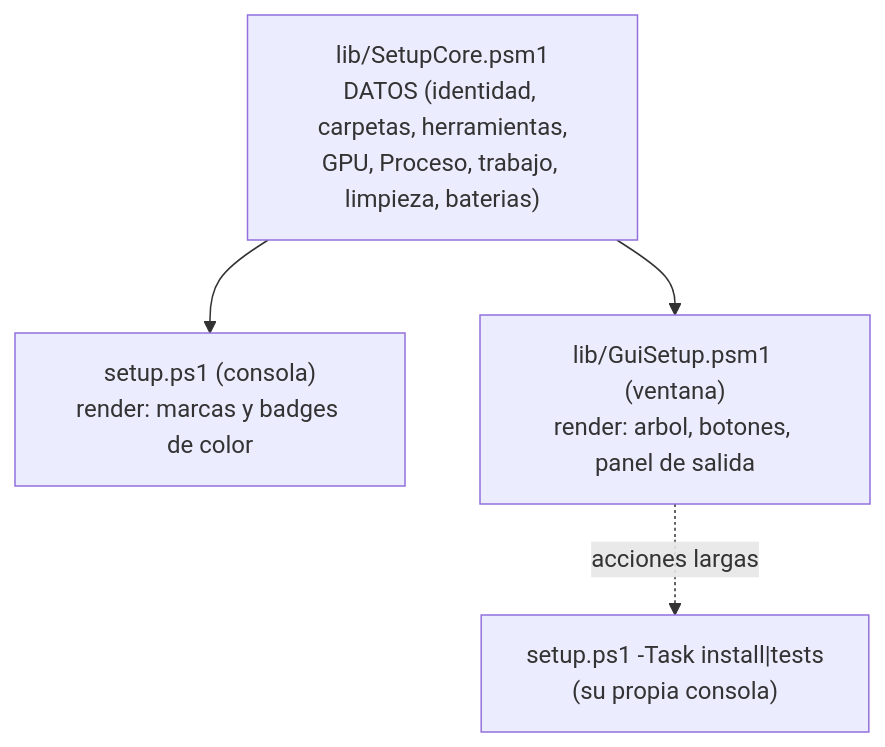
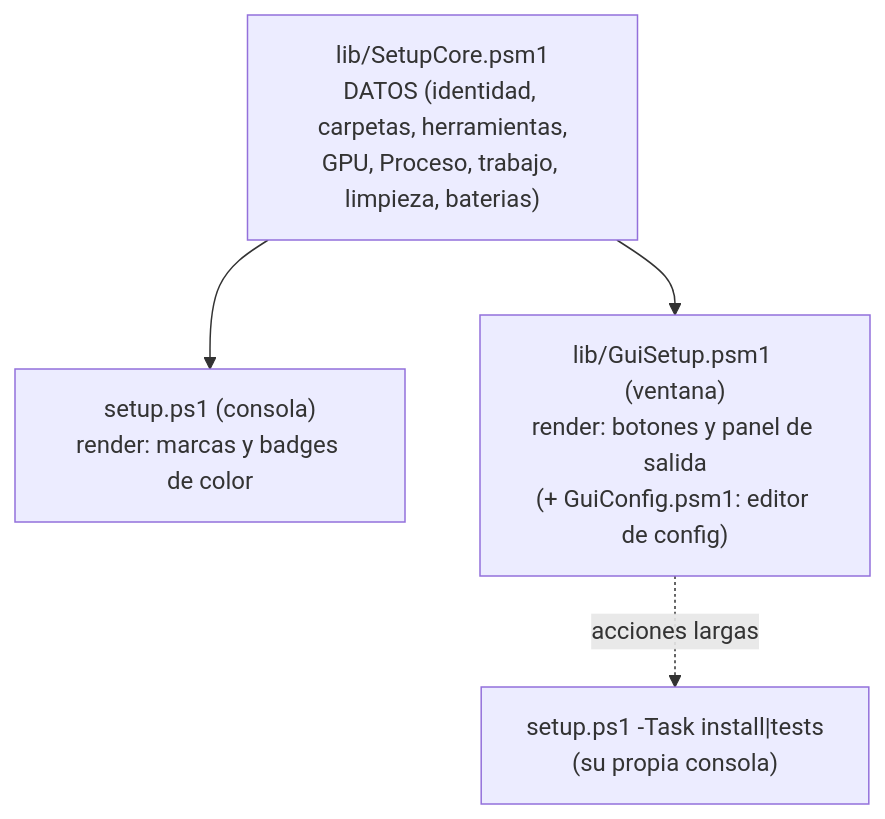
One commit to vsc55/ConvertVideo changed the diagram in docs/ref-setup.md. Above: the diagram before and after it, drawn with Mermaid. The commit also changed other lines of this file and 47 other files, not shown here.

````diff
--- a/docs/ref-setup.md
+++ b/docs/ref-setup.md
@@ -40,9 +43,9 @@
 ```mermaid
 flowchart TD
     CORE["lib/SetupCore.psm1<br/>DATOS (identidad, carpetas, herramientas,<br/>GPU, Proceso, trabajo, limpieza, baterias)"]
     CON["setup.ps1 (consola)<br/>render: marcas y badges de color"]
-    GUI["lib/GuiSetup.psm1 (ventana)<br/>render: arbol, botones, panel de salida"]
+    GUI["lib/GuiSetup.psm1 (ventana)<br/>render: botones y panel de salida<br/>(+ GuiConfig.psm1: editor de config)"]
     CORE --> CON
     CORE --> GUI
     GUI -. "acciones largas" .-> TASK["setup.ps1 -Task install|tests<br/>(su propia consola)"]
 ```
````
